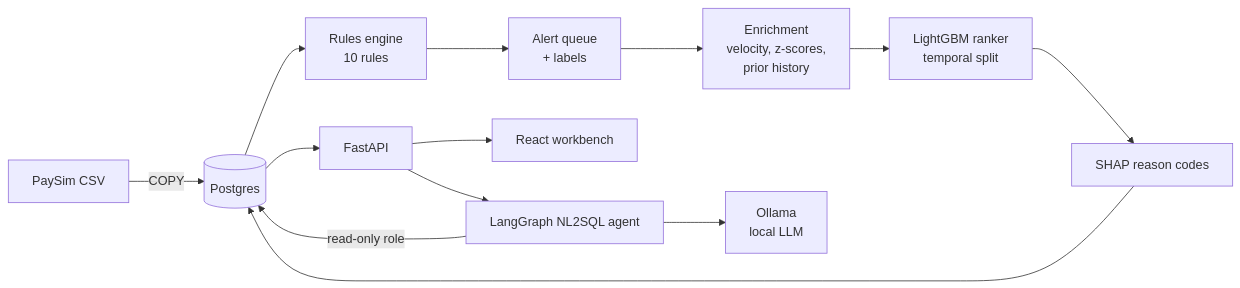
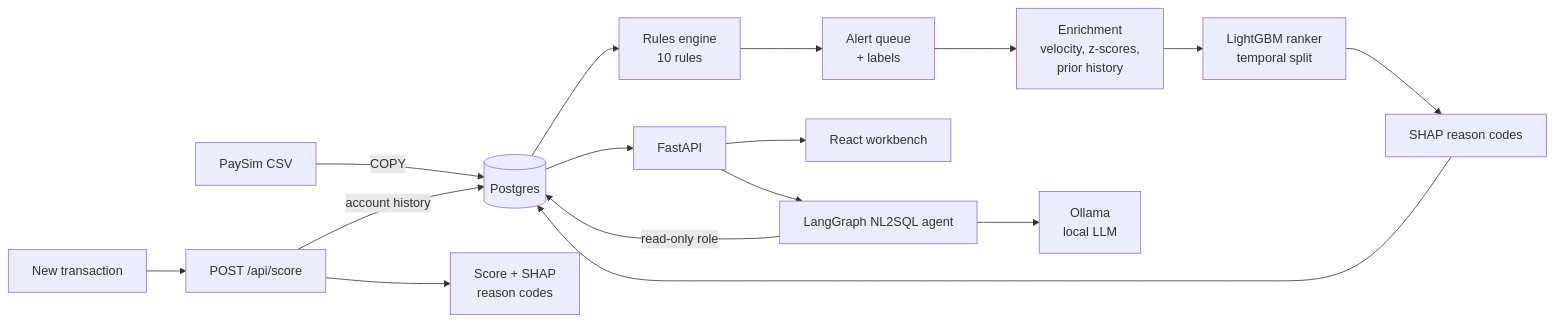
The diagram in README.md (kckarthik/fraud-analyst-workbench), drawn with Mermaid before and after one commit. The commit also changed other lines of this file and 11 other files, not shown here.

````diff
--- a/README.md
+++ b/README.md
@@ -38,15 +38,18 @@
 ```mermaid
 flowchart LR
     A[PaySim CSV] -->|COPY| B[(Postgres)]
     B --> C[Rules engine<br/>10 rules]
     C --> D[Alert queue<br/>+ labels]
     D --> E[Enrichment<br/>velocity, z-scores,<br/>prior history]
     E --> F[LightGBM ranker<br/>temporal split]
     F --> G[SHAP reason codes]
     G --> B
     B --> H[FastAPI]
     H --> I[React workbench]
     H --> J[LangGraph NL2SQL agent]
     J -->|read-only role| B
     J --> K[Ollama<br/>local LLM]
+    L[New transaction] --> M[POST /api/score]
+    M -->|account history| B
+    M --> N[Score + SHAP<br/>reason codes]
 ```
````
